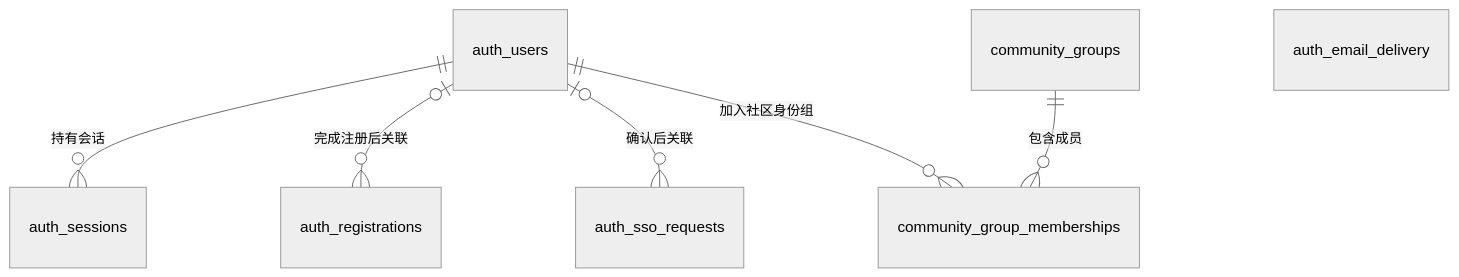
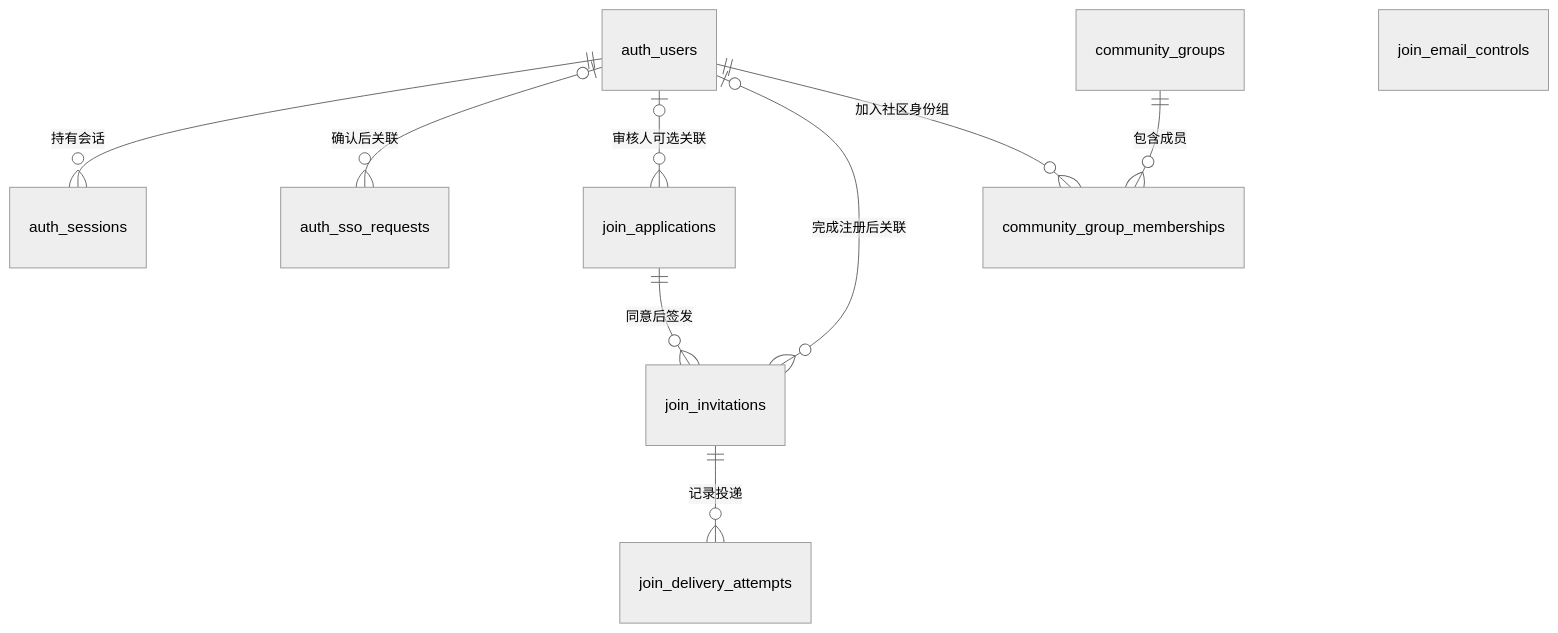
One commit to Xiamolc007/ExService changed the diagram in .ai/databases/data-model.md. Above: the diagram before and after it, drawn with Mermaid (neutral theme). The commit also changed other lines of this file and 7 other files, not shown here.

````diff
--- a/.ai/databases/data-model.md
+++ b/.ai/databases/data-model.md
@@ -11,9 +11,12 @@
 ```mermaid
 erDiagram
     auth_users ||--o{ auth_sessions : "持有会话"
-    auth_users |o--o{ auth_registrations : "完成注册后关联"
     auth_users |o--o{ auth_sso_requests : "确认后关联"
+    join_applications ||--o{ join_invitations : "同意后签发"
+    auth_users |o--o{ join_applications : "审核人可选关联"
+    auth_users |o--o{ join_invitations : "完成注册后关联"
+    join_invitations ||--o{ join_delivery_attempts : "记录投递"
     auth_users ||--o{ community_group_memberships : "加入社区身份组"
     community_groups ||--o{ community_group_memberships : "包含成员"
-    auth_email_delivery
+    join_email_controls
 ```
````
